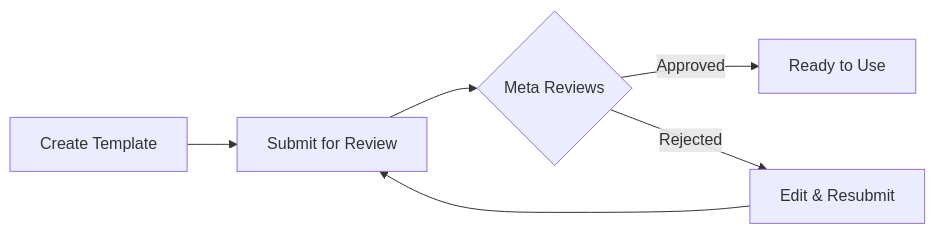
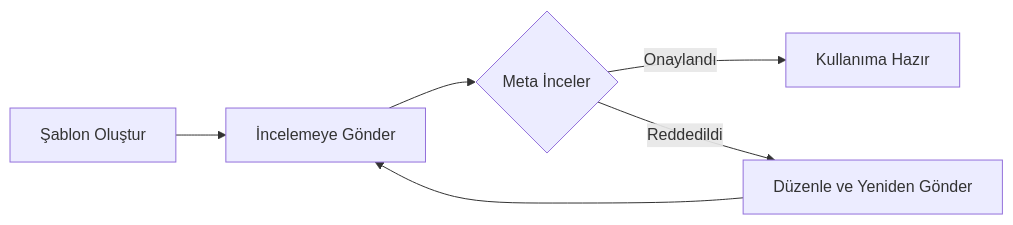
The diagram in tr/whatsapp/templates.mdx (whattalkai/docs_whattalk), drawn with Mermaid before and after one commit. The commit also changed other lines of this file and 1 other file, not shown here.

````diff
--- a/tr/whatsapp/templates.mdx
+++ b/tr/whatsapp/templates.mdx
@@ -156,8 +156,8 @@
 ```mermaid
 flowchart LR
-    A[Create Template] --> B[Submit for Review]
-    B --> C{Meta Reviews}
-    C -->|Approved| D[Ready to Use]
-    C -->|Rejected| E[Edit & Resubmit]
+    A[Şablon Oluştur] --> B[İncelemeye Gönder]
+    B --> C{Meta İnceler}
+    C -->|Onaylandı| D[Kullanıma Hazır]
+    C -->|Reddedildi| E[Düzenle ve Yeniden Gönder]
     E --> B
 ```
````
